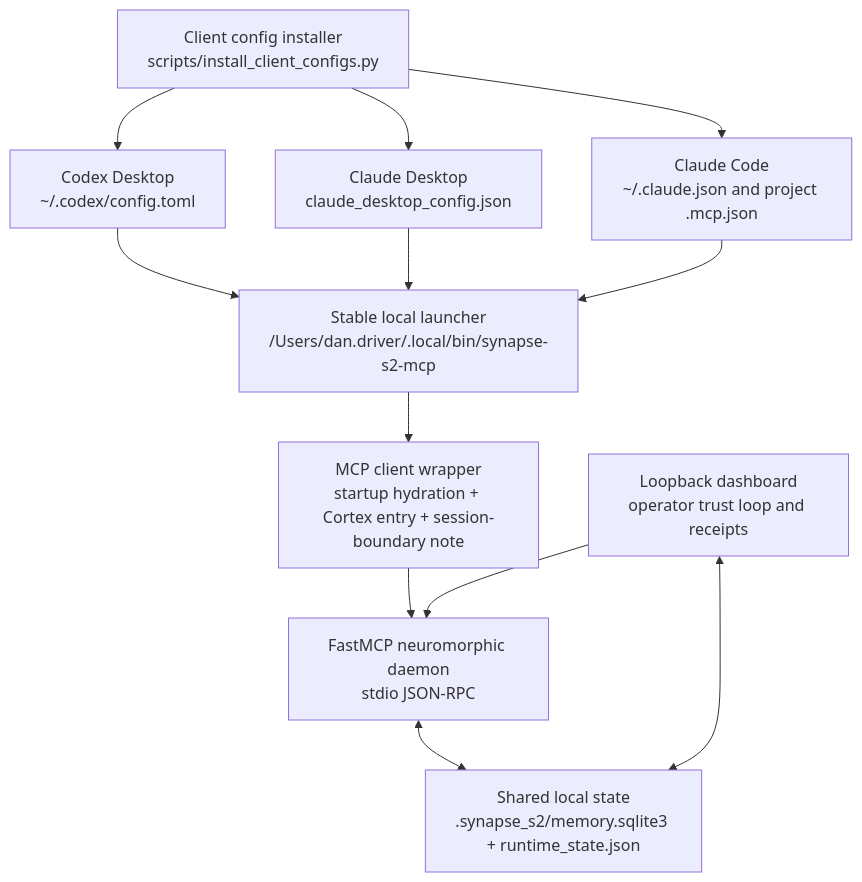
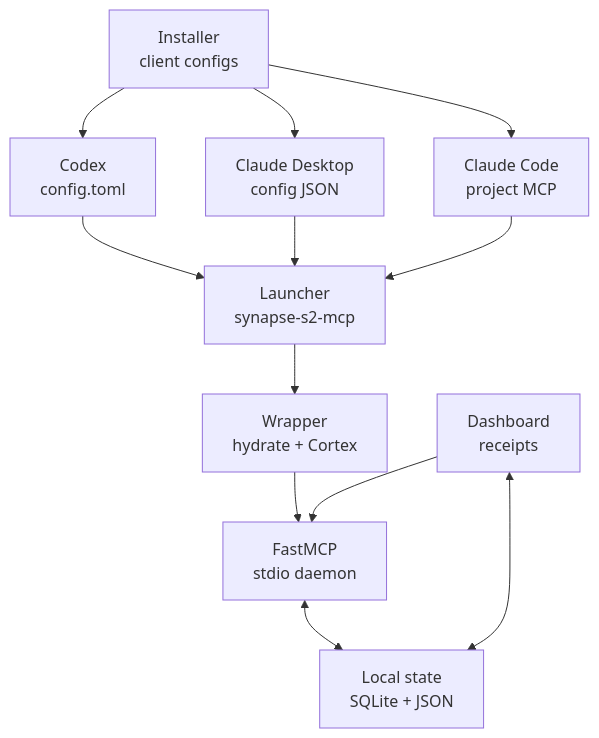
Before and after one commit to driverd12/SYNAPSE-S2: the second of 3 diagrams in docs/Neuromorphic-Attention-Plugin-Development-Plan.md, drawn with Mermaid. The commit also changed other lines of this file and 2 other files, not shown here.

Commit message:
Fix Mermaid docs and align math notation

````diff
--- a/docs/Neuromorphic-Attention-Plugin-Development-Plan.md
+++ b/docs/Neuromorphic-Attention-Plugin-Development-Plan.md
@@ -115,23 +126,23 @@
 ```mermaid
 flowchart TB
-  Codex["Codex Desktop<br/>~/.codex/config.toml"]
-  ClaudeDesktop["Claude Desktop<br/>claude_desktop_config.json"]
-  ClaudeCode["Claude Code<br/>~/.claude.json and project .mcp.json"]
-  Installer["Client config installer<br/>scripts/install_client_configs.py"]
-  Launcher["Stable local launcher<br/>/Users/dan.driver/.local/bin/synapse-s2-mcp"]
-  Wrapper["MCP client wrapper<br/>startup hydration + Cortex entry + session-boundary note"]
-  Daemon["FastMCP neuromorphic daemon<br/>stdio JSON-RPC"]
-  State["Shared local state<br/>.synapse_s2/memory.sqlite3 + runtime_state.json"]
-  Dashboard["Loopback dashboard<br/>operator trust loop and receipts"]
+  Codex["Codex<br/>config.toml"]
+  ClaudeDesktop["Claude Desktop<br/>config JSON"]
+  ClaudeCode["Claude Code<br/>project MCP"]
+  Installer["Installer<br/>client configs"]
+  Launcher["Launcher<br/>synapse-s2-mcp"]
+  Wrapper["Wrapper<br/>hydrate + Cortex"]
+  Daemon["FastMCP<br/>stdio daemon"]
+  State["Local state<br/>SQLite + JSON"]
+  Dashboard["Dashboard<br/>receipts"]
 
   Installer --> Codex
   Installer --> ClaudeDesktop
   Installer --> ClaudeCode
   Codex --> Launcher
   ClaudeDesktop --> Launcher
   ClaudeCode --> Launcher
   Launcher --> Wrapper --> Daemon
   Daemon <--> State
   Dashboard <--> State
   Dashboard --> Daemon
 ```
````
